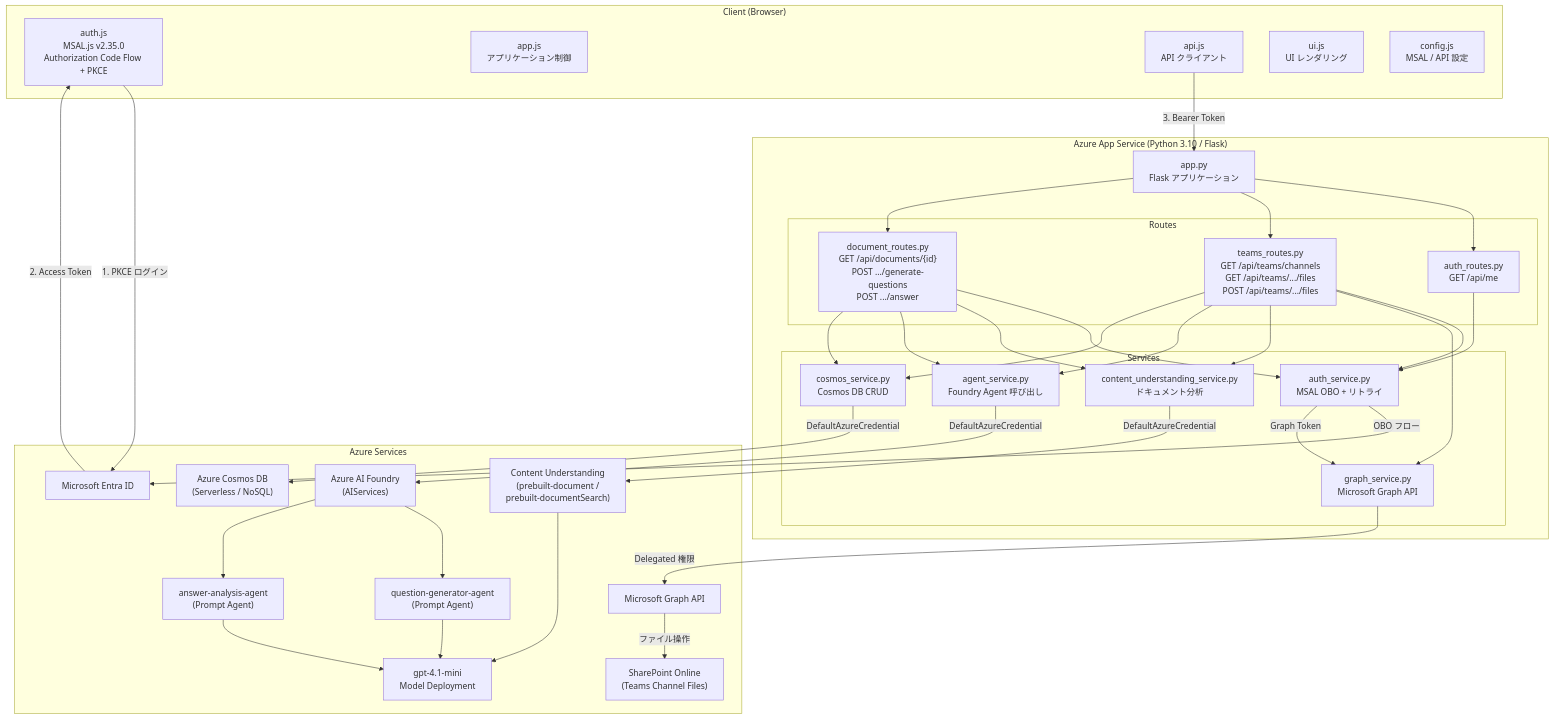
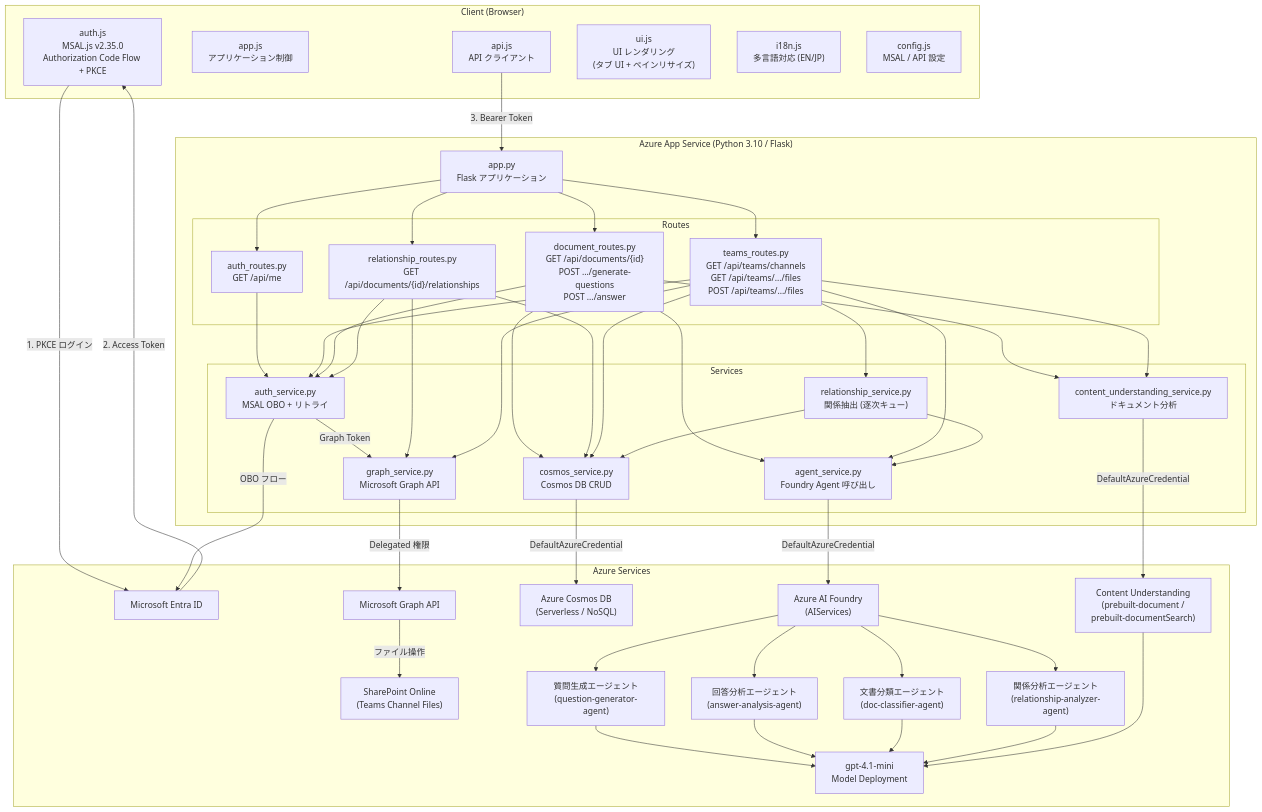
Before and after one commit to hatasaki/Manufacturing-Intelligent-Document-Management: the first of 20 diagrams in docs/ARCHITECTURE.md, drawn with Mermaid. The commit also changed other lines of this file and 15 other files, not shown here.

````diff
--- a/docs/ARCHITECTURE.md
+++ b/docs/ARCHITECTURE.md
@@ -12,7 +12,8 @@
         FE_AUTH["auth.js<br/>MSAL.js v2.35.0<br/>Authorization Code Flow + PKCE"]
         FE_APP["app.js<br/>アプリケーション制御"]
         FE_API["api.js<br/>API クライアント"]
-        FE_UI["ui.js<br/>UI レンダリング"]
+        FE_UI["ui.js<br/>UI レンダリング<br/>(タブ UI + ペインリサイズ)"]
+        FE_I18N["i18n.js<br/>多言語対応 (EN/JP)"]
         FE_CONFIG["config.js<br/>MSAL / API 設定"]
     end
 
@@ -22,6 +23,7 @@
             AUTH_ROUTE["auth_routes.py<br/>GET /api/me"]
             TEAMS_ROUTE["teams_routes.py<br/>GET /api/teams/channels<br/>GET /api/teams/.../files<br/>POST /api/teams/.../files"]
             DOC_ROUTE["document_routes.py<br/>GET /api/documents/{id}<br/>POST .../generate-questions<br/>POST .../answer"]
+            REL_ROUTE["relationship_routes.py<br/>GET /api/documents/{id}/relationships"]
         end
         subgraph "Services"
             AUTH_SVC["auth_service.py<br/>MSAL OBO + リトライ"]
@@ -29,6 +31,7 @@
             COSMOS_SVC["cosmos_service.py<br/>Cosmos DB CRUD"]
             CU_SVC["content_understanding_service.py<br/>ドキュメント分析"]
             AGENT_SVC["agent_service.py<br/>Foundry Agent 呼び出し"]
+            REL_SVC["relationship_service.py<br/>関係抽出 (逐次キュー)"]
         end
     end
 
@@ -39,8 +42,10 @@
         COSMOS["Azure Cosmos DB<br/>(Serverless / NoSQL)"]
         FOUNDRY["Azure AI Foundry<br/>(AIServices)"]
         CU["Content Understanding<br/>(prebuilt-document /<br/>prebuilt-documentSearch)"]
-        AGENT_Q["question-generator-agent<br/>(Prompt Agent)"]
-        AGENT_A["answer-analysis-agent<br/>(Prompt Agent)"]
+        AGENT_Q["質問生成エージェント<br/>(question-generator-agent)"]
+        AGENT_A["回答分析エージェント<br/>(answer-analysis-agent)"]
+        AGENT_C["文書分類エージェント<br/>(doc-classifier-agent)"]
+        AGENT_R["関係分析エージェント<br/>(relationship-analyzer-agent)"]
         GPT["gpt-4.1-mini<br/>Model Deployment"]
     end
 
@@ -51,10 +56,12 @@
     BE_APP --> AUTH_ROUTE
     BE_APP --> TEAMS_ROUTE
     BE_APP --> DOC_ROUTE
+    BE_APP --> REL_ROUTE
 
     AUTH_ROUTE --> AUTH_SVC
     TEAMS_ROUTE --> AUTH_SVC
     DOC_ROUTE --> AUTH_SVC
+    REL_ROUTE --> AUTH_SVC
 
     AUTH_SVC -->|"OBO フロー"| ENTRA
     AUTH_SVC -->|"Graph Token"| GRAPH_SVC
@@ -65,10 +72,16 @@
     DOC_ROUTE --> CU_SVC
     DOC_ROUTE --> AGENT_SVC
     DOC_ROUTE --> COSMOS_SVC
+    REL_ROUTE --> COSMOS_SVC
+    REL_ROUTE --> GRAPH_SVC
     TEAMS_ROUTE --> GRAPH_SVC
     TEAMS_ROUTE --> CU_SVC
     TEAMS_ROUTE --> AGENT_SVC
     TEAMS_ROUTE --> COSMOS_SVC
+    TEAMS_ROUTE --> REL_SVC
+
+    REL_SVC --> AGENT_SVC
+    REL_SVC --> COSMOS_SVC
 
     CU_SVC -->|"DefaultAzureCredential"| CU
     AGENT_SVC -->|"DefaultAzureCredential"| FOUNDRY
@@ -76,7 +89,11 @@
 
     FOUNDRY --> AGENT_Q
     FOUNDRY --> AGENT_A
+    FOUNDRY --> AGENT_C
+    FOUNDRY --> AGENT_R
     AGENT_Q --> GPT
     AGENT_A --> GPT
+    AGENT_C --> GPT
+    AGENT_R --> GPT
     CU --> GPT
 ```
````
